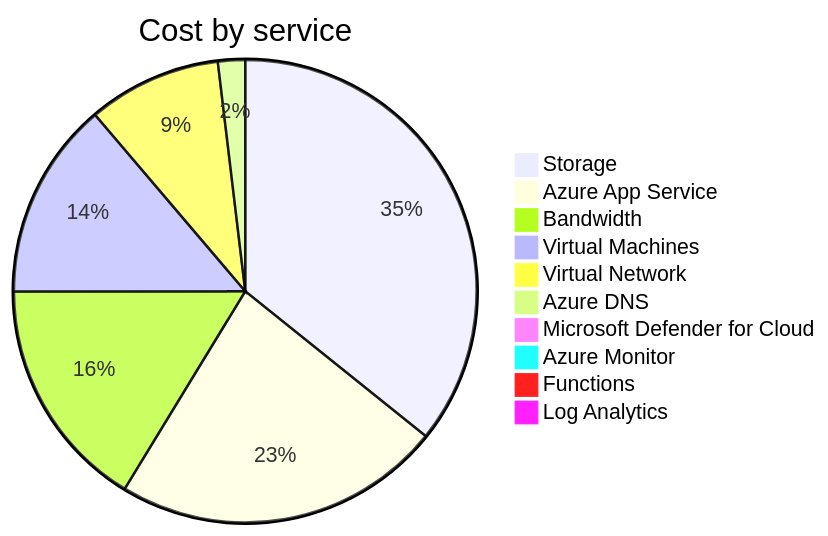
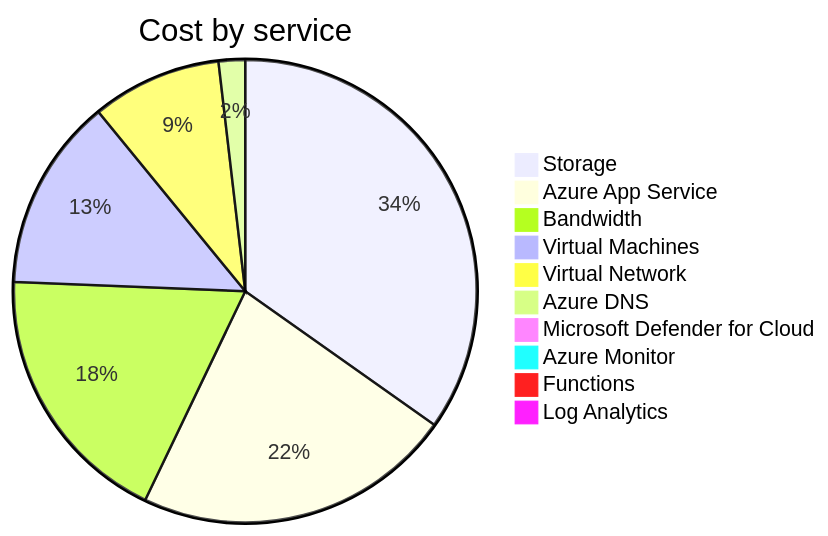
One commit to jpfulton/azure-personal-reports changed the second of 4 diagrams in cost-reports/accumulated-cost.md. Above: the diagram before and after it, drawn with Mermaid. The commit also changed other lines of this file and 4 other files, not shown here.

````diff
--- a/cost-reports/accumulated-cost.md
+++ b/cost-reports/accumulated-cost.md
@@ -100,14 +100,14 @@
 ```mermaid
 pie
    title Cost by service
-   "Storage" : 22.05
-   "Azure App Service" : 14.15
-   "Bandwidth" : 10.03
-   "Virtual Machines" : 8.50
-   "Virtual Network" : 5.75
-   "Azure DNS" : 1.17
-   "Microsoft Defender for Cloud" : 0.56
+   "Storage" : 22.94
+   "Azure App Service" : 14.72
+   "Bandwidth" : 12.22
+   "Virtual Machines" : 8.86
+   "Virtual Network" : 5.98
+   "Azure DNS" : 1.22
+   "Microsoft Defender for Cloud" : 0.57
    "Azure Monitor" : 0.00
    "Functions" : 0.00
    "Log Analytics" : 0.00
 ```
````
